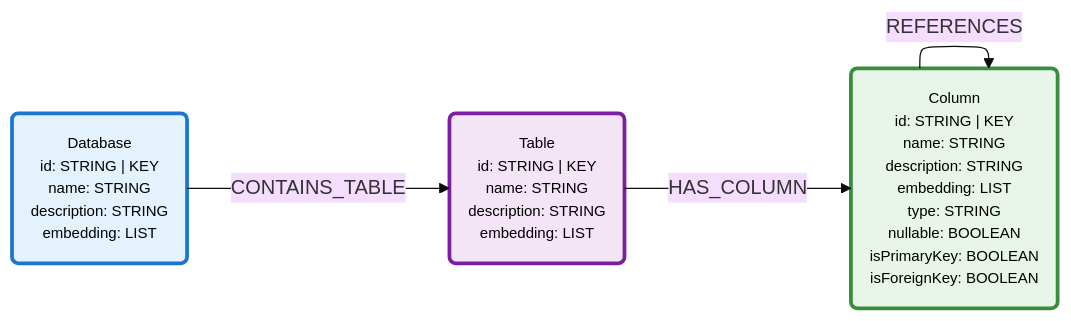
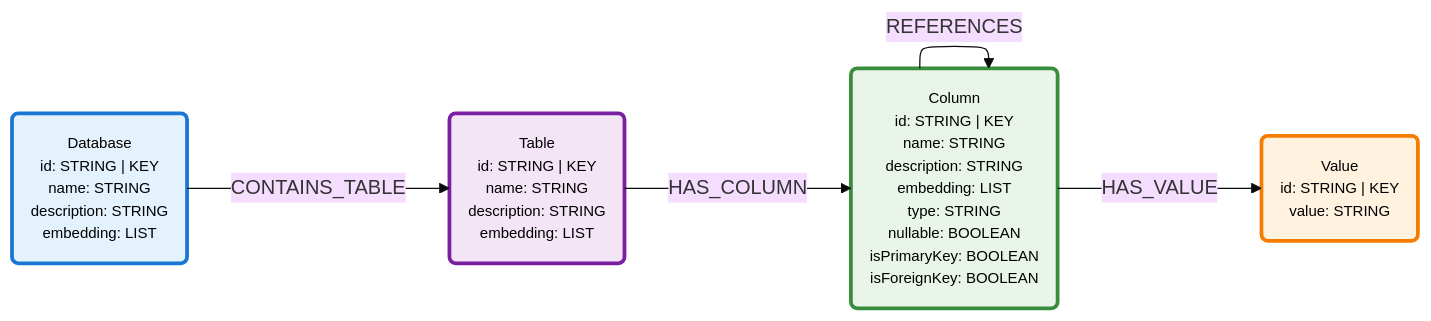
The diagram in README.md (neo4j-field/neocarta), drawn with Mermaid (base theme) before and after one commit. The commit also changed 2 other files, not shown here.

Commit message:
update mermaid diagrams

````diff
--- a/README.md
+++ b/README.md
@@ -9,28 +9,33 @@
 ```mermaid
 ---
 config:
     layout: elk
 ---
 
 graph LR
 %% Nodes
 Database("Database<br/>id: STRING | KEY<br/>name: STRING<br/>description: STRING<br/>embedding: LIST")
 Table("Table<br/>id: STRING | KEY<br/>name: STRING<br/>description: STRING<br/>embedding: LIST")
 Column("Column<br/>id: STRING | KEY<br/>name: STRING<br/>description: STRING<br/>embedding: LIST<br/>type: STRING<br/>nullable: BOOLEAN<br/>isPrimaryKey: BOOLEAN<br/>isForeignKey: BOOLEAN")
+Value("Value<br/>id: STRING | KEY<br/>value: STRING")
 
 %% Relationships
 Database -->|CONTAINS_TABLE| Table
 Table -->|HAS_COLUMN| Column
 Column -->|REFERENCES| Column
+Column -->|HAS_VALUE| Value
 
 
 %% Styling 
 classDef node_0_color fill:#e3f2fd,stroke:#1976d2,stroke-width:3px,color:#000,font-size:12px
 class Database node_0_color
 
 classDef node_1_color fill:#f3e5f5,stroke:#7b1fa2,stroke-width:3px,color:#000,font-size:12px
 class Table node_1_color
 
 classDef node_2_color fill:#e8f5e8,stroke:#388e3c,stroke-width:3px,color:#000,font-size:12px
 class Column node_2_color
+
+classDef node_3_color fill:#fff3e0,stroke:#f57c00,stroke-width:3px,color:#000,font-size:12px
+class Value node_3_color
 ```
````
